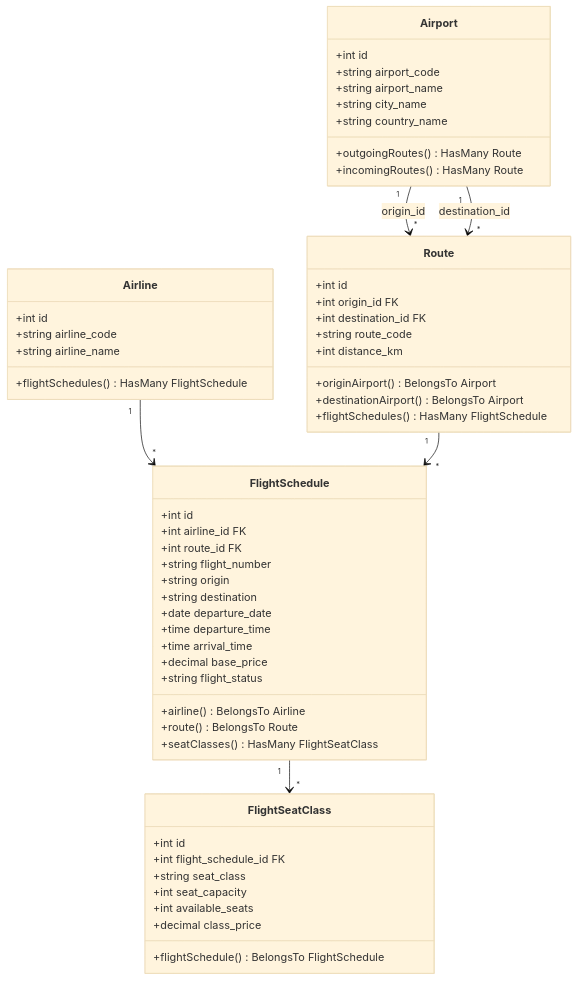
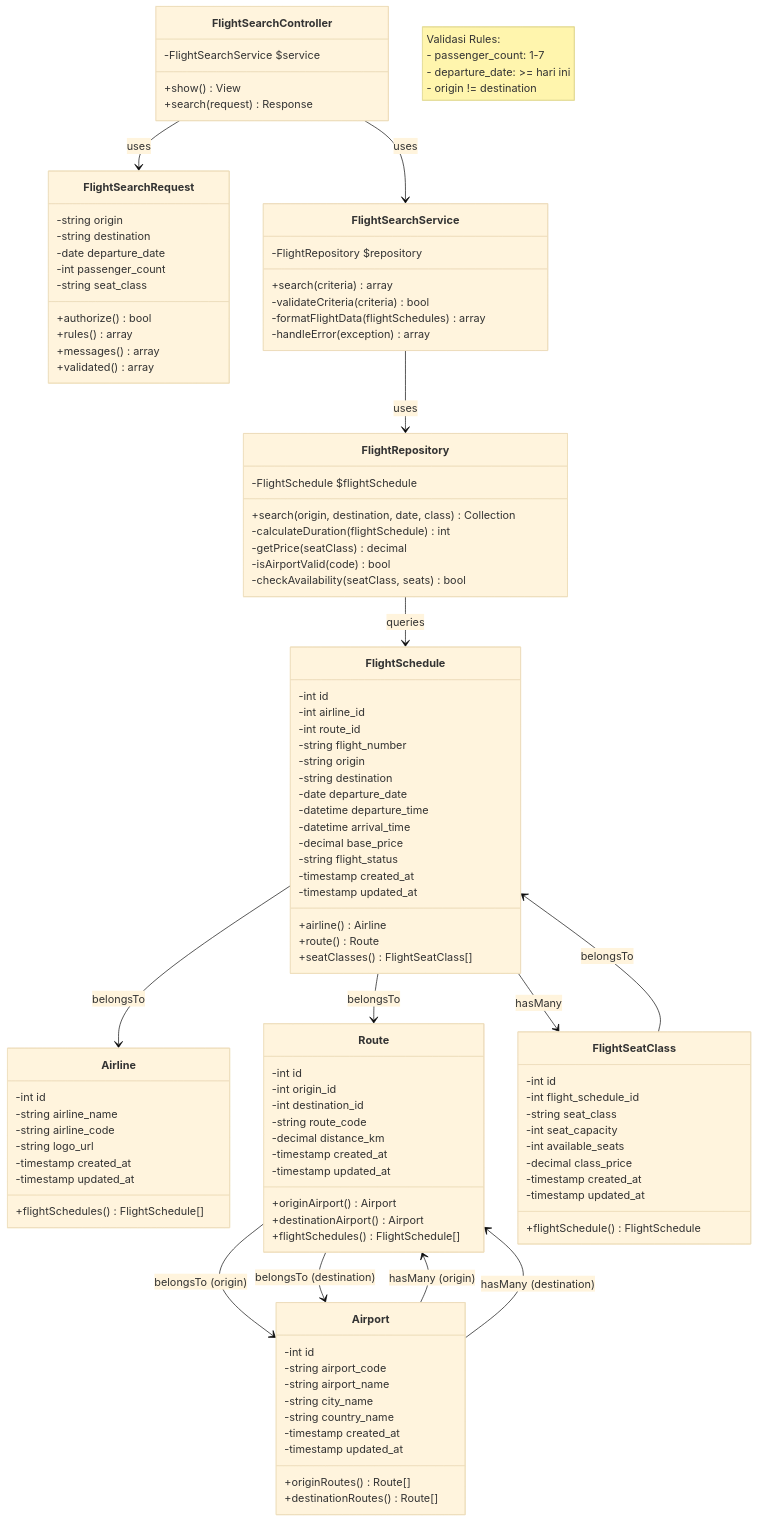
Before and after one commit to Akmlsybn/Core-Journey-Flight: the diagram in flight-search-engine/CLASS_DIAGRAM.md, drawn with Mermaid (base theme).

````diff
--- a/flight-search-engine/CLASS_DIAGRAM.md
+++ b/flight-search-engine/CLASS_DIAGRAM.md
@@ -5,65 +5,138 @@
 ```mermaid
 classDiagram
-    direction TB
-
+    %% Models
+    class Airline {
+        -int id
+        -string airline_name
+        -string airline_code
+        -string logo_url
+        -timestamp created_at
+        -timestamp updated_at
+        
+        +flightSchedules() FlightSchedule[]
+    }
+    
+    class FlightSchedule {
+        -int id
+        -int airline_id
+        -int route_id
+        -string flight_number
+        -string origin
+        -string destination
+        -date departure_date
+        -datetime departure_time
+        -datetime arrival_time
+        -decimal base_price
+        -string flight_status
+        -timestamp created_at
+        -timestamp updated_at
+        
+        +airline() Airline
+        +route() Route
+        +seatClasses() FlightSeatClass[]
+    }
+    
     class Airport {
-        +int id
-        +string airport_code
-        +string airport_name
-        +string city_name
-        +string country_name
-        +outgoingRoutes() HasMany Route
-        +incomingRoutes() HasMany Route
+        -int id
+        -string airport_code
+        -string airport_name
+        -string city_name
+        -string country_name
+        -timestamp created_at
+        -timestamp updated_at
+        
+        +originRoutes() Route[]
+        +destinationRoutes() Route[]
     }
-
-    class Airline {
-        +int id
-        +string airline_code
-        +string airline_name
-        +flightSchedules() HasMany FlightSchedule
+    
+    class Route {
+        -int id
+        -int origin_id
+        -int destination_id
+        -string route_code
+        -decimal distance_km
+        -timestamp created_at
+        -timestamp updated_at
+        
+        +originAirport() Airport
+        +destinationAirport() Airport
+        +flightSchedules() FlightSchedule[]
     }
-
-    class Route {
-        +int id
-        +int origin_id FK
-        +int destination_id FK
-        +string route_code
-        +int distance_km
-        +originAirport() BelongsTo Airport
-        +destinationAirport() BelongsTo Airport
-        +flightSchedules() HasMany FlightSchedule
+    
+    class FlightSeatClass {
+        -int id
+        -int flight_schedule_id
+        -string seat_class
+        -int seat_capacity
+        -int available_seats
+        -decimal class_price
+        -timestamp created_at
+        -timestamp updated_at
+        
+        +flightSchedule() FlightSchedule
     }
-
-    class FlightSchedule {
-        +int id
-        +int airline_id FK
-        +int route_id FK
-        +string flight_number
-        +string origin
-        +string destination
-        +date departure_date
-        +time departure_time
-        +time arrival_time
-        +decimal base_price
-        +string flight_status
-        +airline() BelongsTo Airline
-        +route() BelongsTo Route
-        +seatClasses() HasMany FlightSeatClass
+    
+    %% Request
+    class FlightSearchRequest {
+        -string origin
+        -string destination
+        -date departure_date
+        -int passenger_count
+        -string seat_class
+        
+        +authorize() bool
+        +rules() array
+        +messages() array
+        +validated() array
     }
-
-    class FlightSeatClass {
-        +int id
-        +int flight_schedule_id FK
-        +string seat_class
-        +int seat_capacity
-        +int available_seats
-        +decimal class_price
-        +flightSchedule() BelongsTo FlightSchedule
+    
+    %% Repository
+    class FlightRepository {
+        -FlightSchedule $flightSchedule
+        
+        +search(origin, destination, date, class) Collection
+        -calculateDuration(flightSchedule) int
+        -getPrice(seatClass) decimal
+        -isAirportValid(code) bool
+        -checkAvailability(seatClass, seats) bool
     }
-
-    Airport "1" --> "*" Route : origin_id
-    Airport "1" --> "*" Route : destination_id
-    Airline "1" --> "*" FlightSchedule
-    Route "1" --> "*" FlightSchedule
-    FlightSchedule "1" --> "*" FlightSeatClass
+    
+    %% Service
+    class FlightSearchService {
+        -FlightRepository $repository
+        
+        +search(criteria) array
+        -validateCriteria(criteria) bool
+        -formatFlightData(flightSchedules) array
+        -handleError(exception) array
+    }
+    
+    %% Controller
+    class FlightSearchController {
+        -FlightSearchService $service
+        
+        +show() View
+        +search(request) Response
+    }
+    
+    %% Relationships
+    FlightSearchController --> FlightSearchRequest : uses
+    FlightSearchController --> FlightSearchService : uses
+    FlightSearchService --> FlightRepository : uses
+    FlightRepository --> FlightSchedule : queries
+    FlightSchedule --> Airline : belongsTo
+    FlightSchedule --> Route : belongsTo
+    FlightSchedule --> FlightSeatClass : hasMany
+    Route --> Airport : belongsTo (origin)
+    Route --> Airport : belongsTo (destination)
+    Airport --> Route : hasMany (origin)
+    Airport --> Route : hasMany (destination)
+    FlightSeatClass --> FlightSchedule : belongsTo
+    
+    %% Notes
+    note "Validasi Rules:
+    - passenger_count: 1-7
+    - departure_date: >= hari ini
+    - origin != destination"
+        FlightSearchRequest
 ```
````
